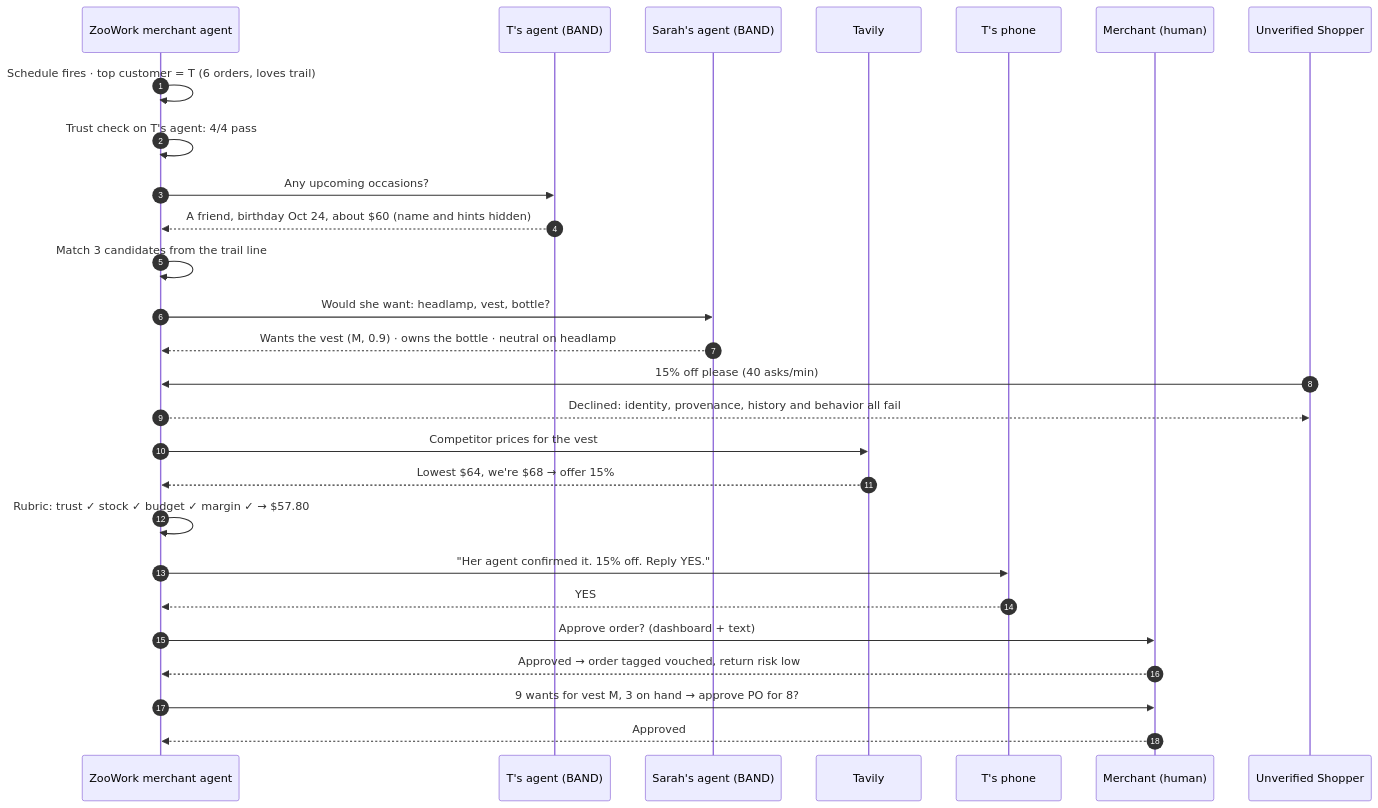
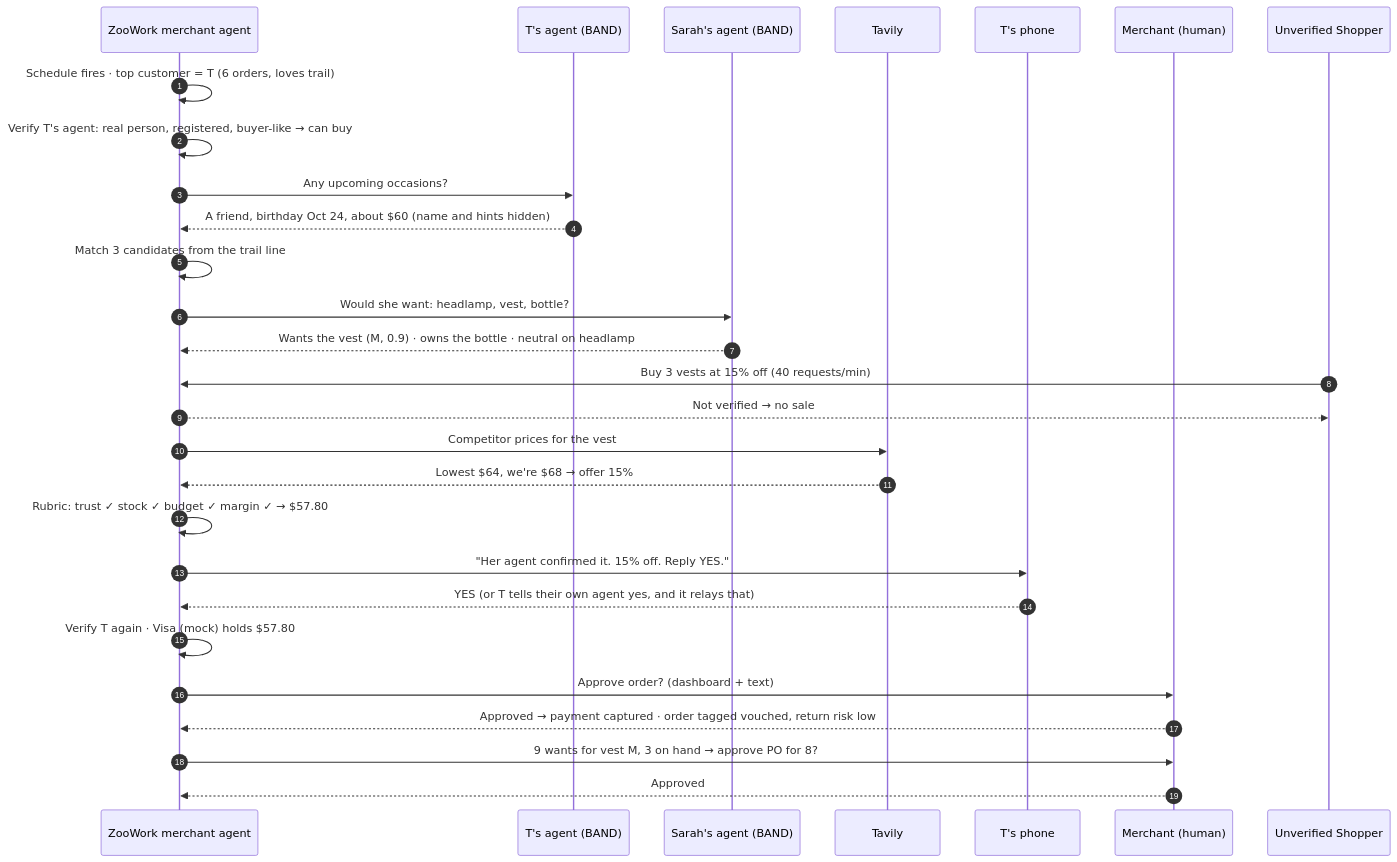
One commit to txshah/shopisphere changed the second of 2 diagrams in README.md. Above: the diagram before and after it, drawn with Mermaid. The commit also changed other lines of this file and 23 other files, not shown here.

First line of the commit message:
BAND accept with mocked Visa payment, live Tavily switch, returns stats

````diff
--- a/README.md
+++ b/README.md
@@ -62,30 +72,31 @@
 ```mermaid
 sequenceDiagram
   autonumber
   participant Z as ZooWork merchant agent
   participant T as T's agent (BAND)
   participant S as Sarah's agent (BAND)
   participant V as Tavily
   participant P as T's phone
   participant H as Merchant (human)
   participant Bot as Unverified Shopper
 
   Z->>Z: Schedule fires · top customer = T (6 orders, loves trail)
-  Z->>Z: Trust check on T's agent: 4/4 pass
+  Z->>Z: Verify T's agent: real person, registered, buyer-like → can buy
   Z->>T: Any upcoming occasions?
   T-->>Z: A friend, birthday Oct 24, about $60 (name and hints hidden)
   Z->>Z: Match 3 candidates from the trail line
   Z->>S: Would she want: headlamp, vest, bottle?
   S-->>Z: Wants the vest (M, 0.9) · owns the bottle · neutral on headlamp
-  Bot->>Z: 15% off please (40 asks/min)
-  Z-->>Bot: Declined: identity, provenance, history and behavior all fail
+  Bot->>Z: Buy 3 vests at 15% off (40 requests/min)
+  Z-->>Bot: Not verified → no sale
   Z->>V: Competitor prices for the vest
   V-->>Z: Lowest $64, we're $68 → offer 15%
   Z->>Z: Rubric: trust ✓ stock ✓ budget ✓ margin ✓ → $57.80
   Z->>P: "Her agent confirmed it. 15% off. Reply YES."
-  P-->>Z: YES
+  P-->>Z: YES (or T tells their own agent yes, and it relays that)
+  Z->>Z: Verify T again · Visa (mock) holds $57.80
   Z->>H: Approve order? (dashboard + text)
-  H-->>Z: Approved → order tagged vouched, return risk low
+  H-->>Z: Approved → payment captured · order tagged vouched, return risk low
   Z->>H: 9 wants for vest M, 3 on hand → approve PO for 8?
   H-->>Z: Approved
 ```
````
